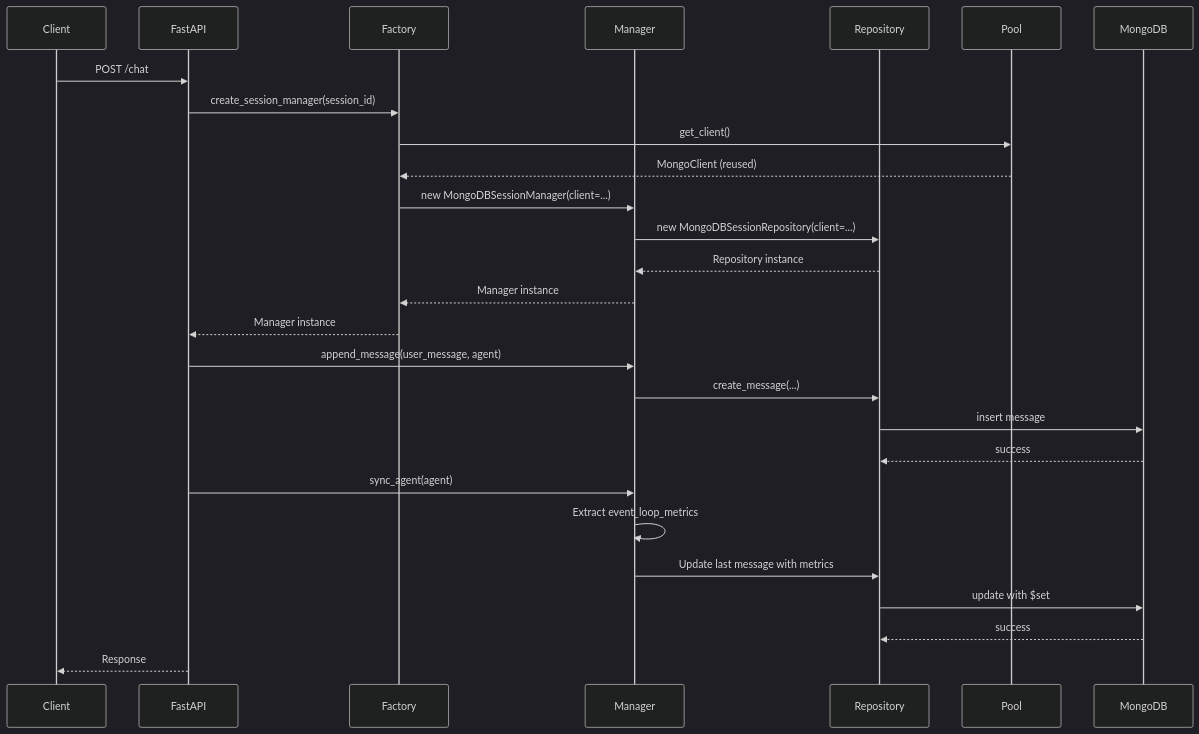
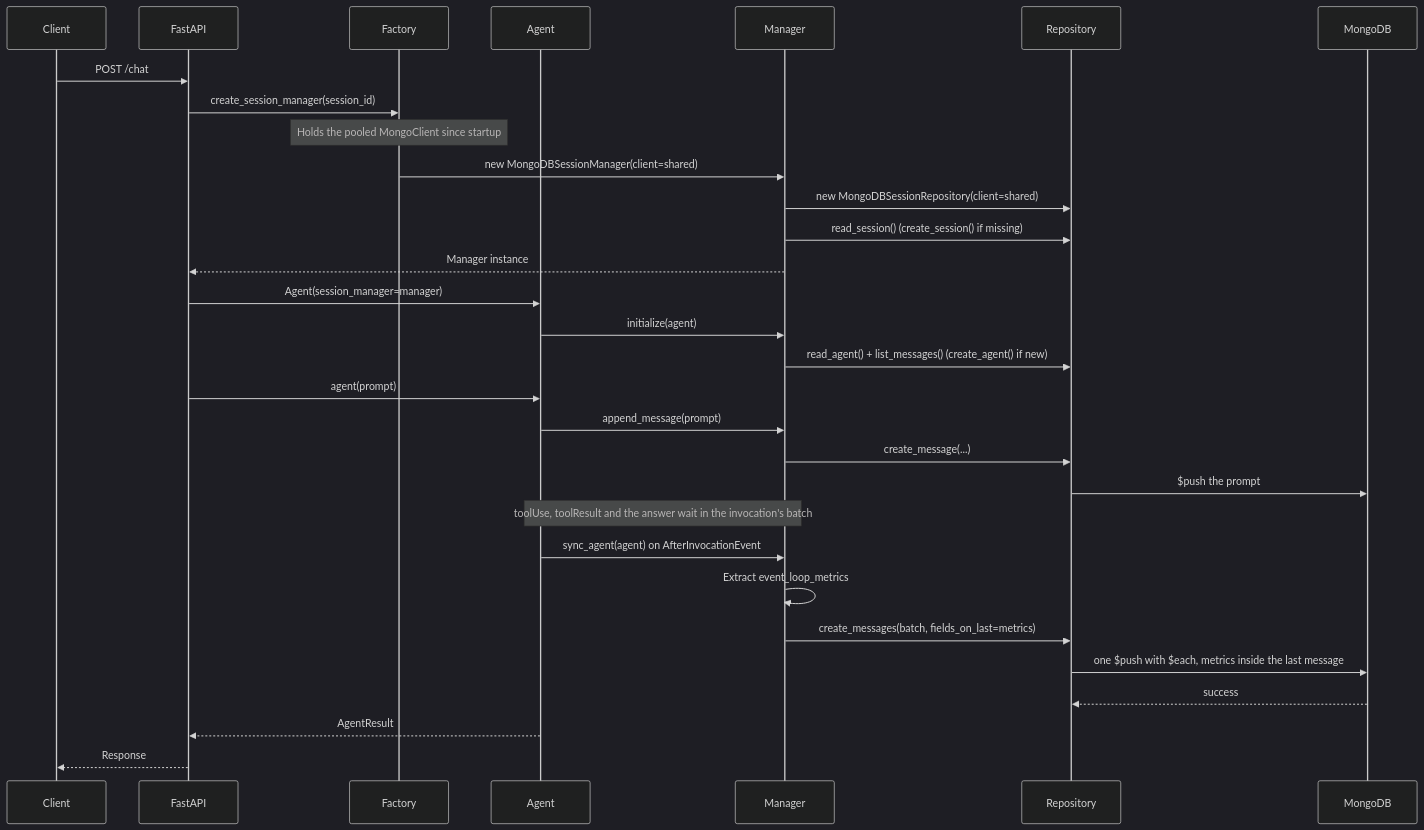
Before and after one commit to iguinea/mongodb-session-manager: the second of 7 diagrams in docs/architecture/overview.md, drawn with Mermaid (dark theme). The commit also changed other lines of this file and 25 other files, not shown here.

````diff
--- a/docs/architecture/overview.md
+++ b/docs/architecture/overview.md
@@ -420,33 +420,37 @@
 ```mermaid
 sequenceDiagram
     participant Client
     participant FastAPI
     participant Factory
+    participant Agent
     participant Manager
     participant Repository
-    participant Pool
     participant MongoDB
 
     Client->>FastAPI: POST /chat
     FastAPI->>Factory: create_session_manager(session_id)
-    Factory->>Pool: get_client()
-    Pool-->>Factory: MongoClient (reused)
-    Factory->>Manager: new MongoDBSessionManager(client=...)
-    Manager->>Repository: new MongoDBSessionRepository(client=...)
-    Repository-->>Manager: Repository instance
-    Manager-->>Factory: Manager instance
-    Factory-->>FastAPI: Manager instance
+    Note over Factory: Holds the pooled MongoClient since startup
+    Factory->>Manager: new MongoDBSessionManager(client=shared)
+    Manager->>Repository: new MongoDBSessionRepository(client=shared)
+    Manager->>Repository: read_session() (create_session() if missing)
+    Manager-->>FastAPI: Manager instance
 
-    FastAPI->>Manager: append_message(user_message, agent)
+    FastAPI->>Agent: Agent(session_manager=manager)
+    Agent->>Manager: initialize(agent)
+    Manager->>Repository: read_agent() + list_messages() (create_agent() if new)
+    FastAPI->>Agent: agent(prompt)
+
+    Agent->>Manager: append_message(prompt)
     Manager->>Repository: create_message(...)
-    Repository->>MongoDB: insert message
+    Repository->>MongoDB: $push the prompt
+    Note over Agent,Manager: toolUse, toolResult and the answer wait in the invocation's batch
+
+    Agent->>Manager: sync_agent(agent) on AfterInvocationEvent
+    Manager->>Manager: Extract event_loop_metrics
+    Manager->>Repository: create_messages(batch, fields_on_last=metrics)
+    Repository->>MongoDB: one $push with $each, metrics inside the last message
     MongoDB-->>Repository: success
 
-    FastAPI->>Manager: sync_agent(agent)
-    Manager->>Manager: Extract event_loop_metrics
-    Manager->>Repository: Update last message with metrics
-    Repository->>MongoDB: update with $set
-    MongoDB-->>Repository: success
-
+    Agent-->>FastAPI: AgentResult
     FastAPI-->>Client: Response
 ```
````
